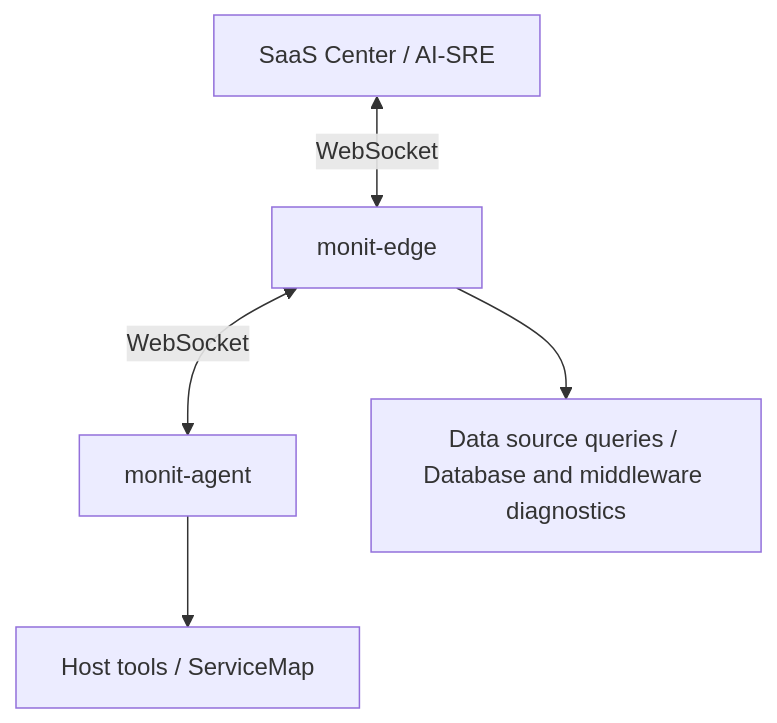
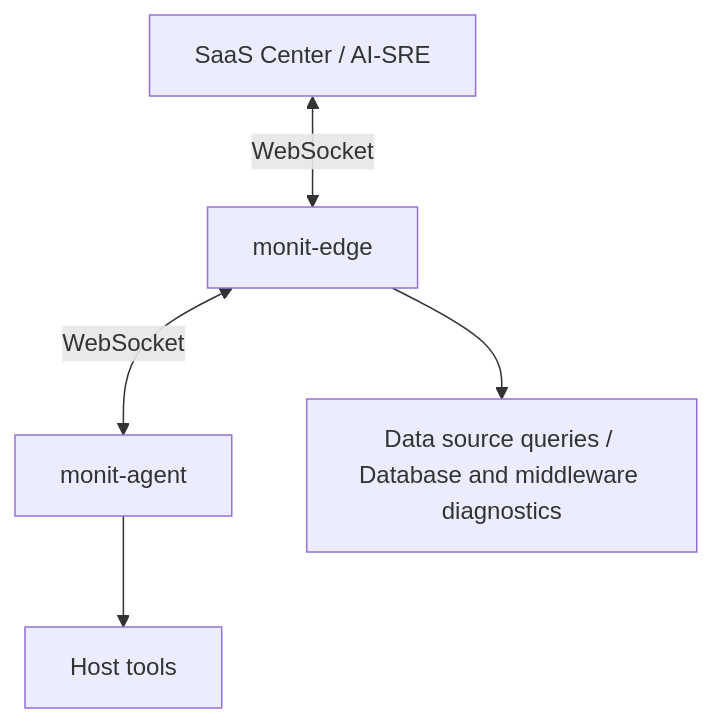
One commit to flashcatcloud/flashduty-docs changed the diagram in en/monitors/targets/overview.mdx. Above: the diagram before and after it, drawn with Mermaid. The commit also changed other lines of this file and 22 other files, not shown here.

Commit message:
docs: remove ServiceMap documentation and OpenAPI

````diff
--- a/en/monitors/targets/overview.mdx
+++ b/en/monitors/targets/overview.mdx
@@ -27,7 +27,7 @@
 ```mermaid
 flowchart TD
   center["SaaS Center / AI-SRE"] <-->|WebSocket| edge["monit-edge"]
   edge <-->|WebSocket| agent["monit-agent"]
-  agent --> host["Host tools / ServiceMap"]
+  agent --> host["Host tools"]
   edge --> datasource["Data source queries / Database and middleware diagnostics"]
 ```
````
